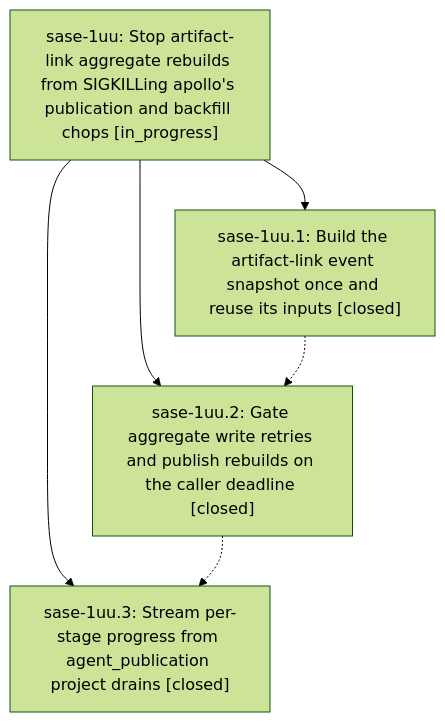
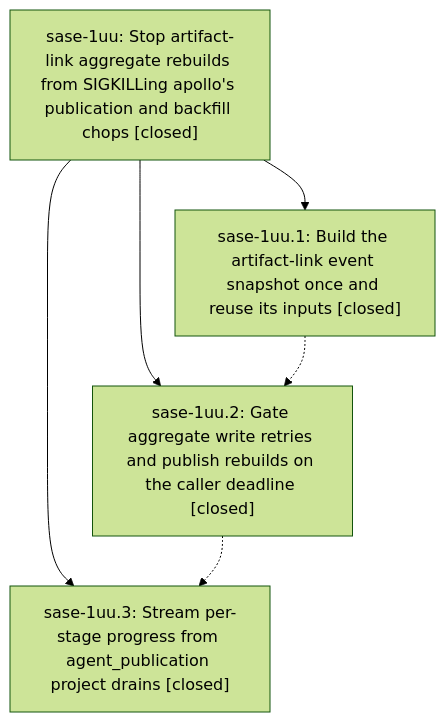
The diagram in pages/sase-1uu/README.md (sase-org/sase--beads), drawn with Mermaid (forest theme) before and after one commit. The commit also changed other lines of this file and 1 other file, not shown here.

First line of the commit message:
chore(beads): sync bead state and pages for sase-1uu

````diff
--- a/pages/sase-1uu/README.md
+++ b/pages/sase-1uu/README.md
@@ -38,12 +59,12 @@
 ```mermaid
 flowchart TD
-    n0["sase-1uu: Stop artifact-link aggregate rebuilds from SIGKILLing apollo's publication and backfill chops [in_progress]"]
+    n0["sase-1uu: Stop artifact-link aggregate rebuilds from SIGKILLing apollo's publication and backfill chops [closed]"]
     n1["sase-1uu.1: Build the artifact-link event snapshot once and reuse its inputs [closed]"]
     n2["sase-1uu.2: Gate aggregate write retries and publish rebuilds on the caller deadline [closed]"]
     n3["sase-1uu.3: Stream per-stage progress from agent_publication project drains [closed]"]
     n0 --> n1
     n0 --> n2
     n0 --> n3
     n1 -.-> n2
     n2 -.-> n3
 ```
````
